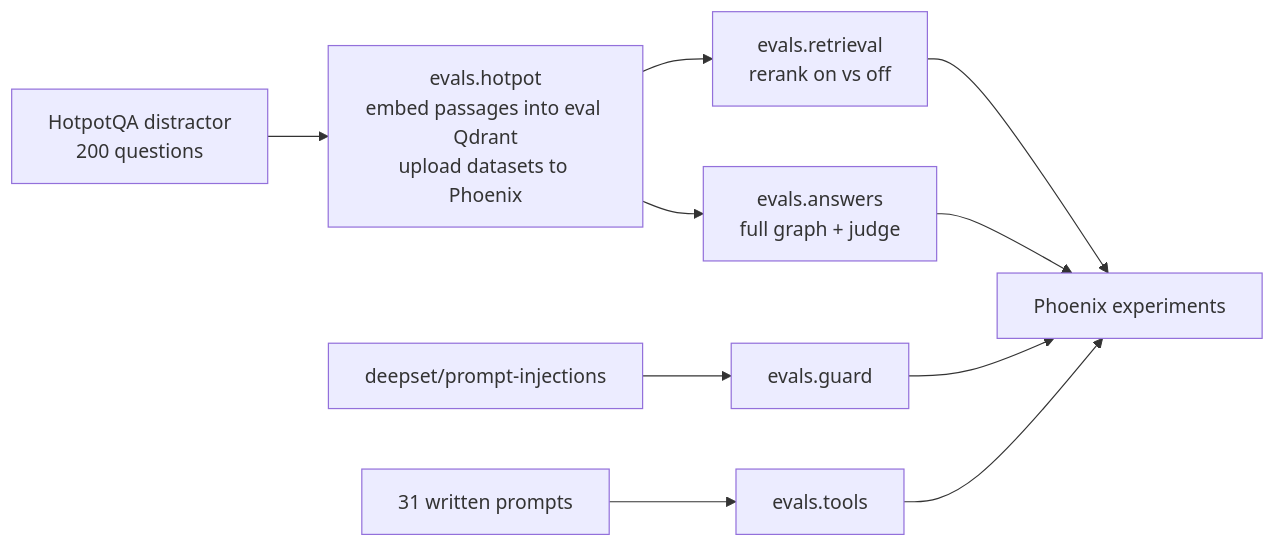
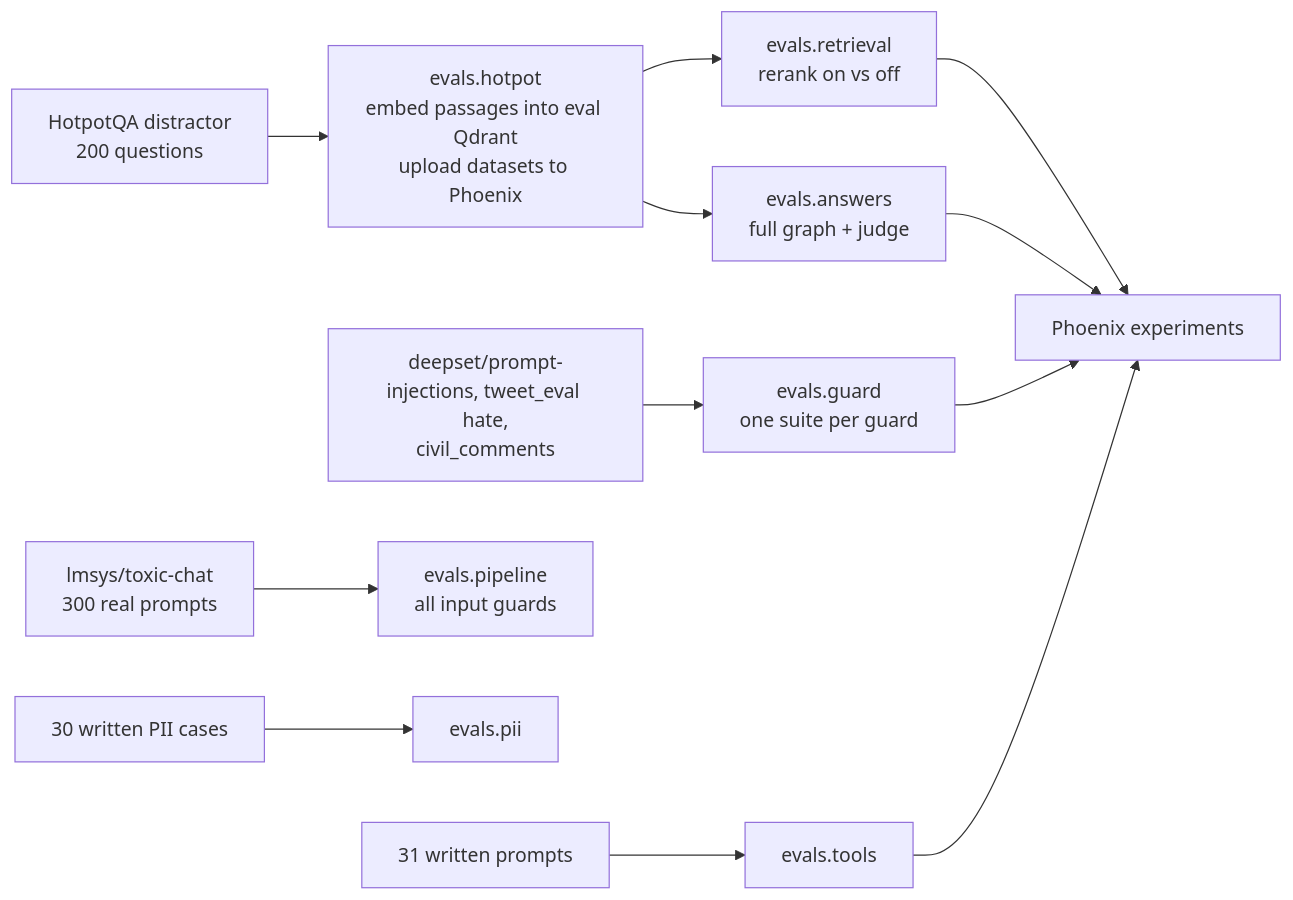
Before and after one commit to sheddyboy/agent_chat: the tenth of 10 diagrams in README.md, drawn with Mermaid. The commit also changed other lines of this file and 3 other files, not shown here.

Commit message:
feat: guard evals per guard, for the whole input pipeline and for pii redaction

````diff
--- a/README.md
+++ b/README.md
@@ -479,12 +479,14 @@
 ```mermaid
 flowchart LR
     hp["HotpotQA distractor<br/>200 questions"] --> setup["evals.hotpot<br/>embed passages into eval Qdrant<br/>upload datasets to Phoenix"]
     setup --> r["evals.retrieval<br/>rerank on vs off"]
     setup --> a["evals.answers<br/>full graph + judge"]
-    dp["deepset/prompt-injections"] --> g["evals.guard"]
+    gd["deepset/prompt-injections, tweet_eval hate,<br/>civil_comments"] --> g["evals.guard<br/>one suite per guard"]
+    tc["lmsys/toxic-chat<br/>300 real prompts"] --> pl["evals.pipeline<br/>all input guards"]
+    wp["30 written PII cases"] --> pi["evals.pii"]
     wr["31 written prompts"] --> t["evals.tools"]
     r --> px["Phoenix experiments"]
     a --> px
     g --> px
     t --> px
 ```
````
